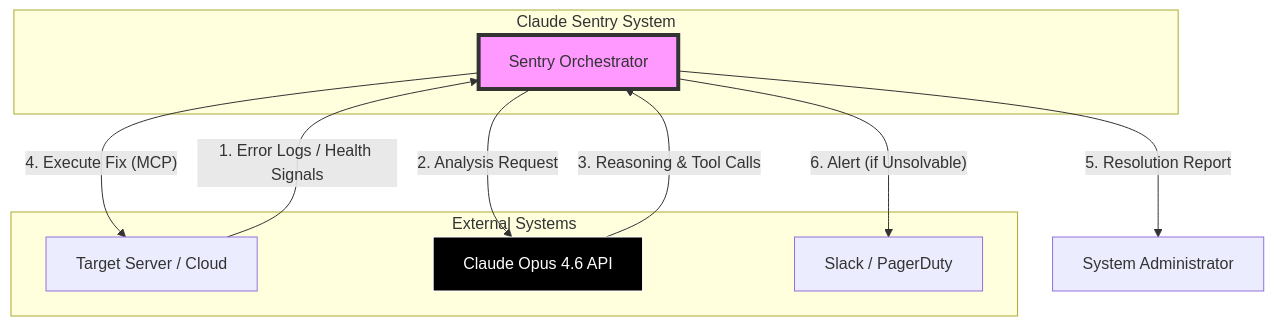
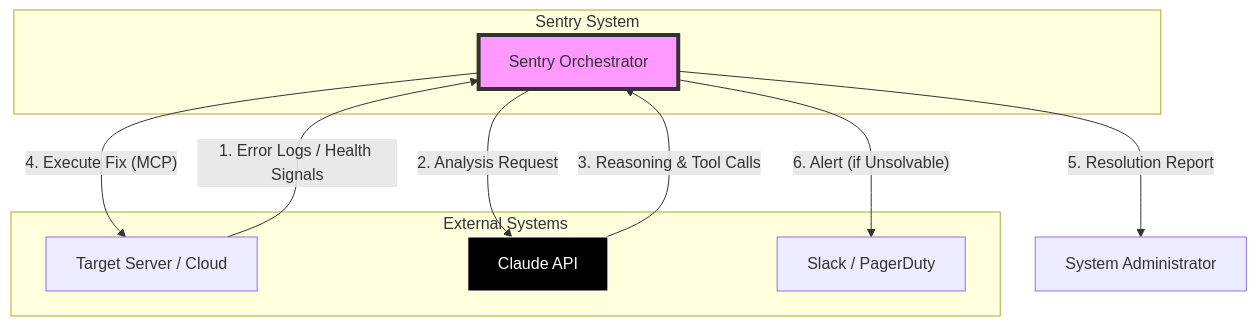
Before and after one commit to AdityaIndoori/Sentry: the first of 4 diagrams in HighLevelDesignDoc.md, drawn with Mermaid. The commit also changed other lines of this file and 28 other files, not shown here.

First line of the commit message:
Rebrand Claude Sentry  Sentry, add ConfigPanel UI and /api/config endpoint

````diff
--- a/HighLevelDesignDoc.md
+++ b/HighLevelDesignDoc.md
@@ -34,25 +34,25 @@
 ```mermaid
 graph TD
     User[System Administrator]
     
-    subgraph "Claude Sentry System"
+    subgraph "Sentry System"
         Sentry[Sentry Orchestrator]
     end
     
     subgraph "External Systems"
         Server[Target Server / Cloud]
-        Opus[Claude Opus 4.6 API]
+        Opus[Claude API]
         Notify[Slack / PagerDuty]
     end
 
     Server -- "1. Error Logs / Health Signals" --> Sentry
     Sentry -- "2. Analysis Request" --> Opus
     Opus -- "3. Reasoning & Tool Calls" --> Sentry
     Sentry -- "4. Execute Fix (MCP)" --> Server
     Sentry -- "5. Resolution Report" --> User
     Sentry -- "6. Alert (if Unsolvable)" --> Notify
 
     style Sentry fill:#f9f,stroke:#333,stroke-width:4px
     style Opus fill:#000,stroke:#fff,color:#fff
 
 ```
````
